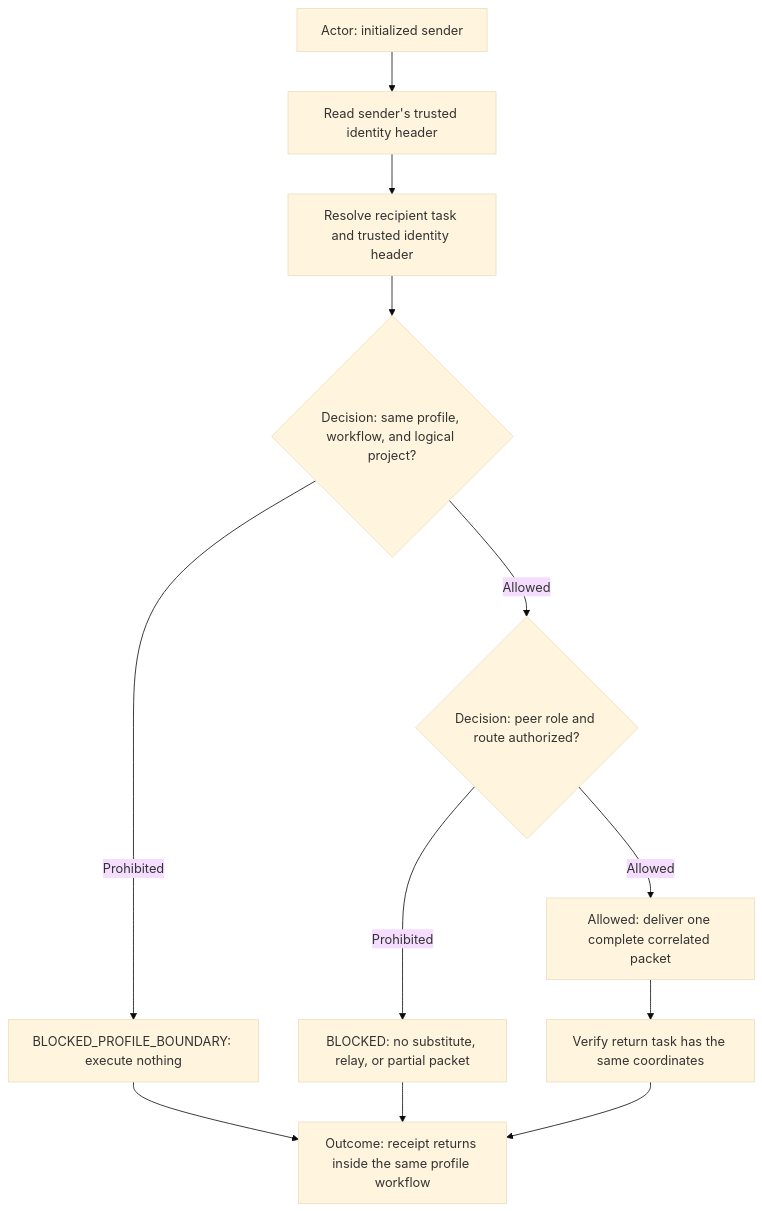
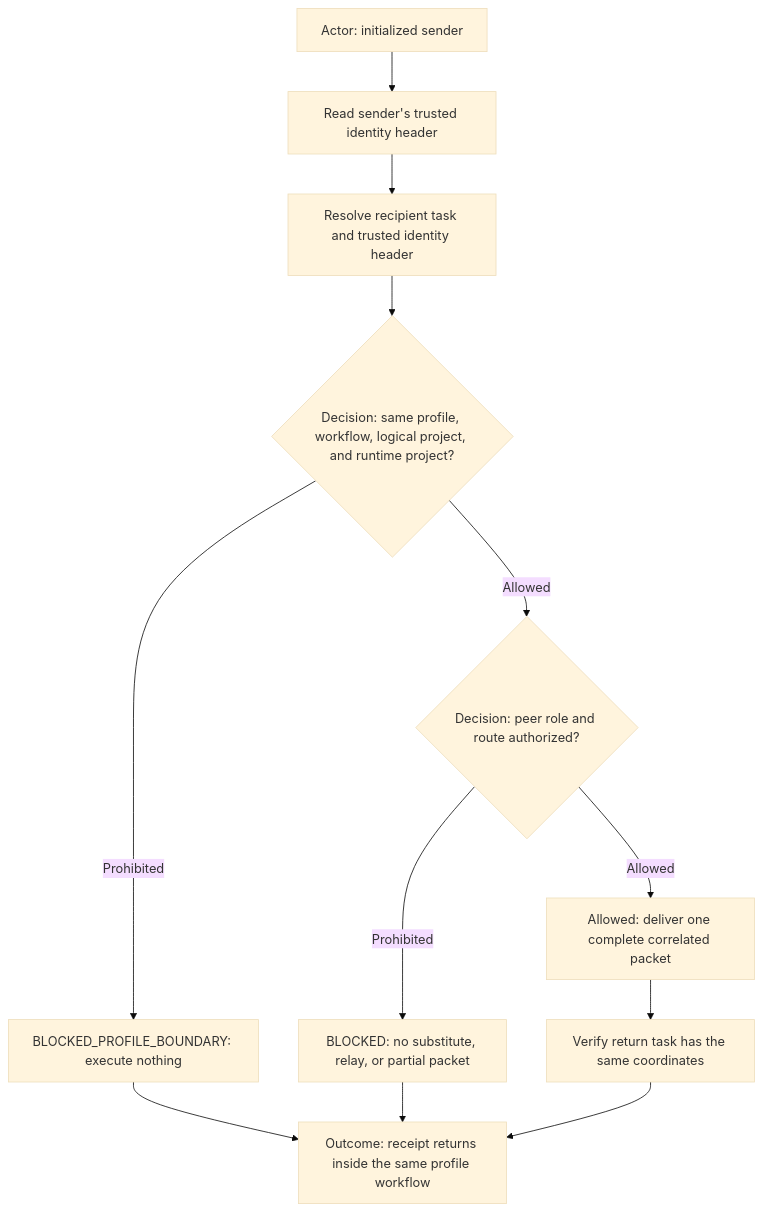
Before and after one commit to starodubtsevconsulting/ai-commands: the seventh of 13 diagrams in agents/agents.command.md, drawn with Mermaid (base theme). The commit also changed other lines of this file and 1 other file, not shown here.

````diff
--- a/agents/agents.command.md
+++ b/agents/agents.command.md
@@ -108,15 +146,15 @@
 ```mermaid
 flowchart TD
   Actor["Actor: initialized sender"]
   Actor --> Sender["Read sender's trusted identity header"]
   Sender --> Recipient["Resolve recipient task and trusted identity header"]
-  Recipient --> Boundary{"Decision: same profile, workflow, and logical project?"}
+  Recipient --> Boundary{"Decision: same profile, workflow, logical project, and runtime project?"}
   Boundary -->|Prohibited| ProfileBlock["BLOCKED_PROFILE_BOUNDARY: execute nothing"]
   Boundary -->|Allowed| Route{"Decision: peer role and route authorized?"}
   Route -->|Prohibited| RouteBlock["BLOCKED: no substitute, relay, or partial packet"]
   Route -->|Allowed| Send["Allowed: deliver one complete correlated packet"]
   Send --> Return["Verify return task has the same coordinates"]
   Return --> Outcome["Outcome: receipt returns inside the same profile workflow"]
   ProfileBlock --> Outcome
   RouteBlock --> Outcome
 ```
````
